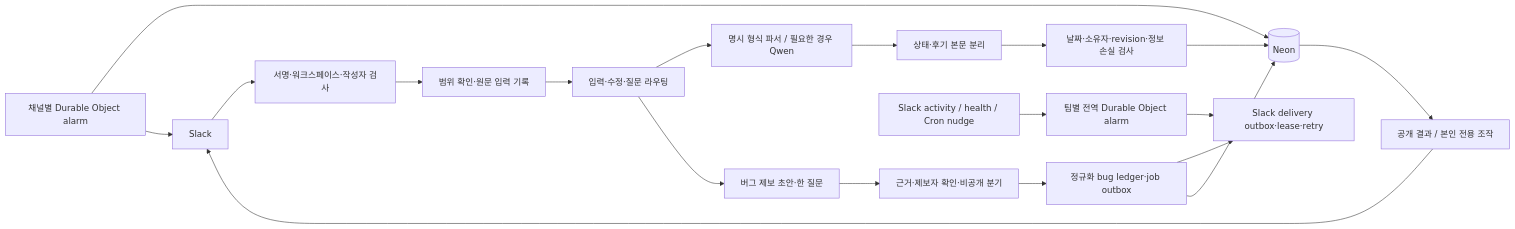
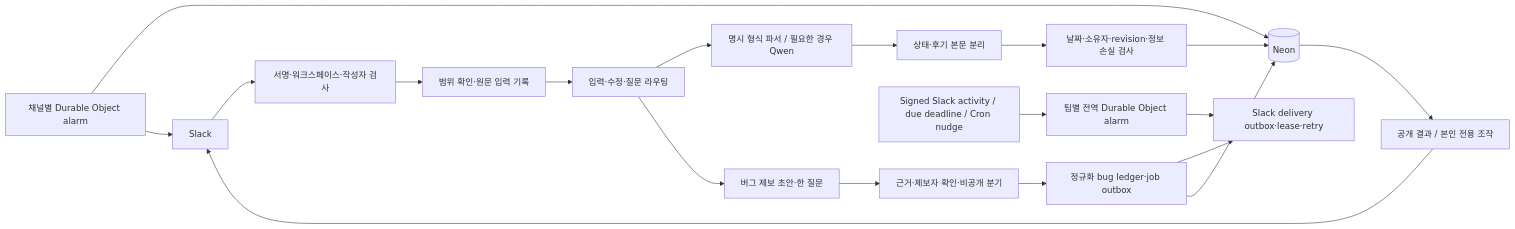
Before and after one commit to Betalgeuse/otl1: the first of 2 diagrams in docs/ARCHITECTURE.md, drawn with Mermaid. The commit also changed other lines of this file and 12 other files, not shown here.

````diff
--- a/docs/ARCHITECTURE.md
+++ b/docs/ARCHITECTURE.md
@@ -5,21 +5,21 @@
 ```mermaid
 flowchart LR
   Slack --> Signature[서명·워크스페이스·작성자 검사]
   Signature --> Intake[범위 확인·원문 입력 기록]
   Intake --> Router[입력·수정·질문 라우팅]
   Router --> Parser[명시 형식 파서 / 필요한 경우 Qwen]
   Parser --> Decision[상태·후기 본문 분리]
   Decision --> Guard[날짜·소유자·revision·정보 손실 검사]
   Router --> BugIntake[버그 제보 초안·한 질문]
   BugIntake --> BugGuard[근거·제보자 확인·비공개 분기]
   BugGuard --> BugLedger[정규화 bug ledger·job outbox]
   BugLedger --> Delivery[Slack delivery outbox·lease·retry]
   Guard --> DB[(Neon)]
   BugLedger --> DB
   DB --> Output[공개 결과 / 본인 전용 조작]
   Output --> Slack
-  Activity[Slack activity / health / Cron nudge] --> GlobalBugClock[팀별 전역 Durable Object alarm]
+  Activity[Signed Slack activity / due deadline / Cron nudge] --> GlobalBugClock[팀별 전역 Durable Object alarm]
   GlobalBugClock --> Delivery
   Clock[채널별 Durable Object alarm] --> DB
   Clock --> Slack
 ```
````
